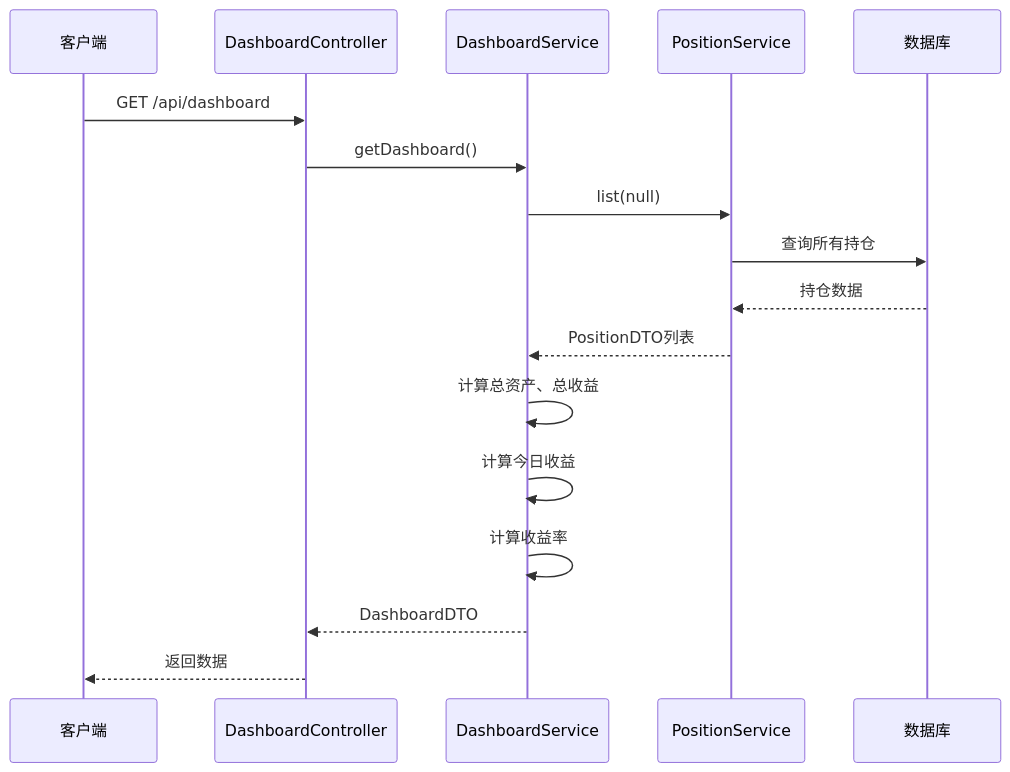
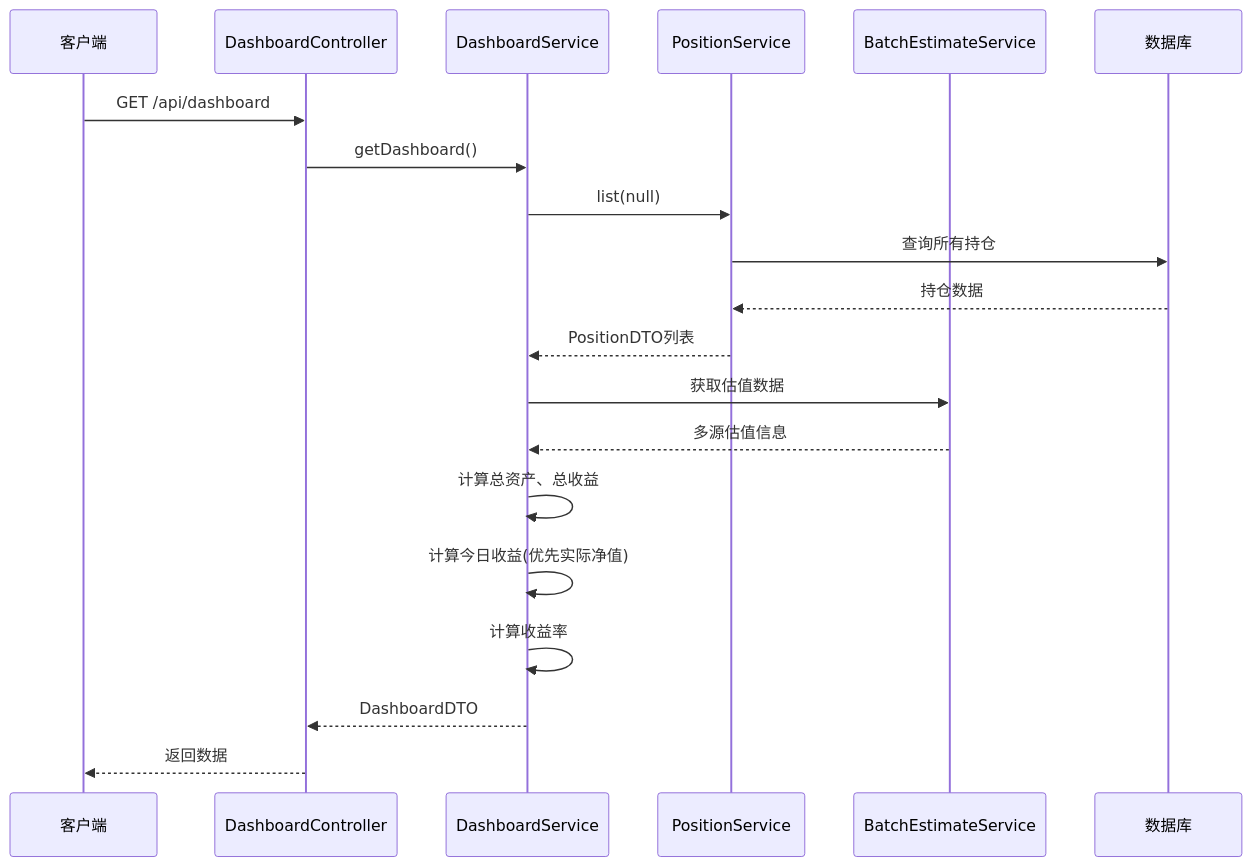
One commit to gree-coder/fund-butler changed the third of 11 diagrams in .qoder/repowiki/zh/content/Dashboard Enhancement.md. Above: the diagram before and after it, drawn with Mermaid. The commit also changed other lines of this file and 23 other files, not shown here.

````diff
--- a/.qoder/repowiki/zh/content/Dashboard Enhancement.md
+++ b/.qoder/repowiki/zh/content/Dashboard Enhancement.md
@@ -208,19 +220,22 @@
 ```mermaid
 sequenceDiagram
 participant Client as 客户端
 participant Controller as DashboardController
 participant Service as DashboardService
 participant PositionSvc as PositionService
+participant EstimateSvc as BatchEstimateService
 participant DB as 数据库
 Client->>Controller : GET /api/dashboard
 Controller->>Service : getDashboard()
 Service->>PositionSvc : list(null)
 PositionSvc->>DB : 查询所有持仓
 DB-->>PositionSvc : 持仓数据
 PositionSvc-->>Service : PositionDTO列表
+Service->>EstimateSvc : 获取估值数据
+EstimateSvc-->>Service : 多源估值信息
 Service->>Service : 计算总资产、总收益
-Service->>Service : 计算今日收益
+Service->>Service : 计算今日收益(优先实际净值)
 Service->>Service : 计算收益率
 Service-->>Controller : DashboardDTO
 Controller-->>Client : 返回数据
 ```
````
